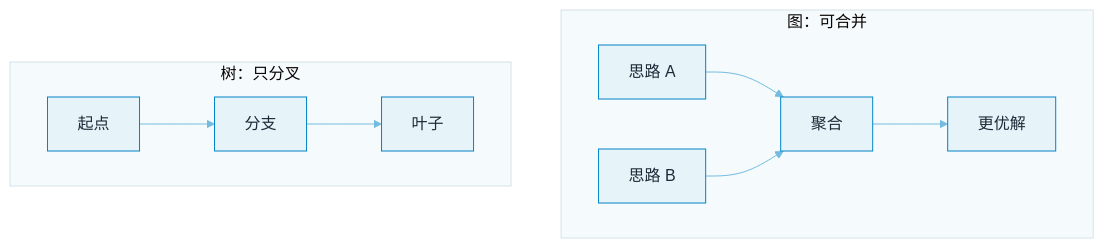
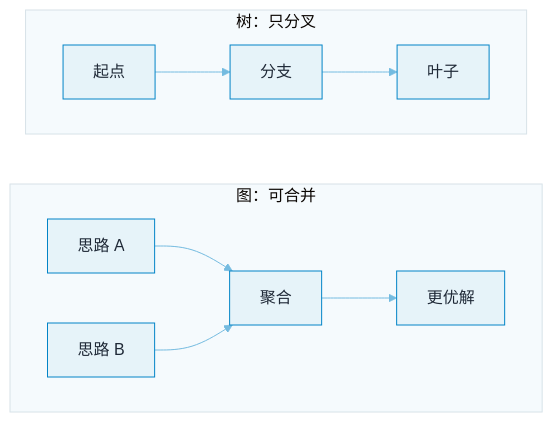
Before and after one commit to funny8kids/ai-agent-handbook: the diagram in docs/04-prompt-reasoning/graph-of-thoughts.md, drawn with Mermaid. The commit also changed other lines of this file and 4 other files, not shown here.

````diff
--- a/docs/04-prompt-reasoning/graph-of-thoughts.md
+++ b/docs/04-prompt-reasoning/graph-of-thoughts.md
@@ -52,12 +52,13 @@
 ```mermaid
 %%{init: {"theme":"base","themeVariables":{"primaryColor":"#E6F3F9","primaryBorderColor":"#0284C7","primaryTextColor":"#1F2937","secondaryColor":"#C7E4F3","tertiaryColor":"#F5FAFD","lineColor":"#74BBE0","actorBkg":"#EBF5FB","actorBorder":"#0284C7","actorTextColor":"#1F2937","signalColor":"#4EA9D8","noteBkgColor":"#D1E9F5","noteBorderColor":"#0284C7","noteTextColor":"#1F2937","labelBoxBkgColor":"#E6F3F9","labelBoxBorderColor":"#0284C7"}}}%%
 flowchart TB
   subgraph GoT["图：可合并"]
     G0[思路 A] --> G2[聚合]
     G1[思路 B] --> G2
     G2 --> G3[更优解]
   end
   subgraph ToT["树：只分叉"]
     T0[起点] --> T1[分支] --> T2[叶子]
   end
+  ToT ~~~ GoT
 ```
````
